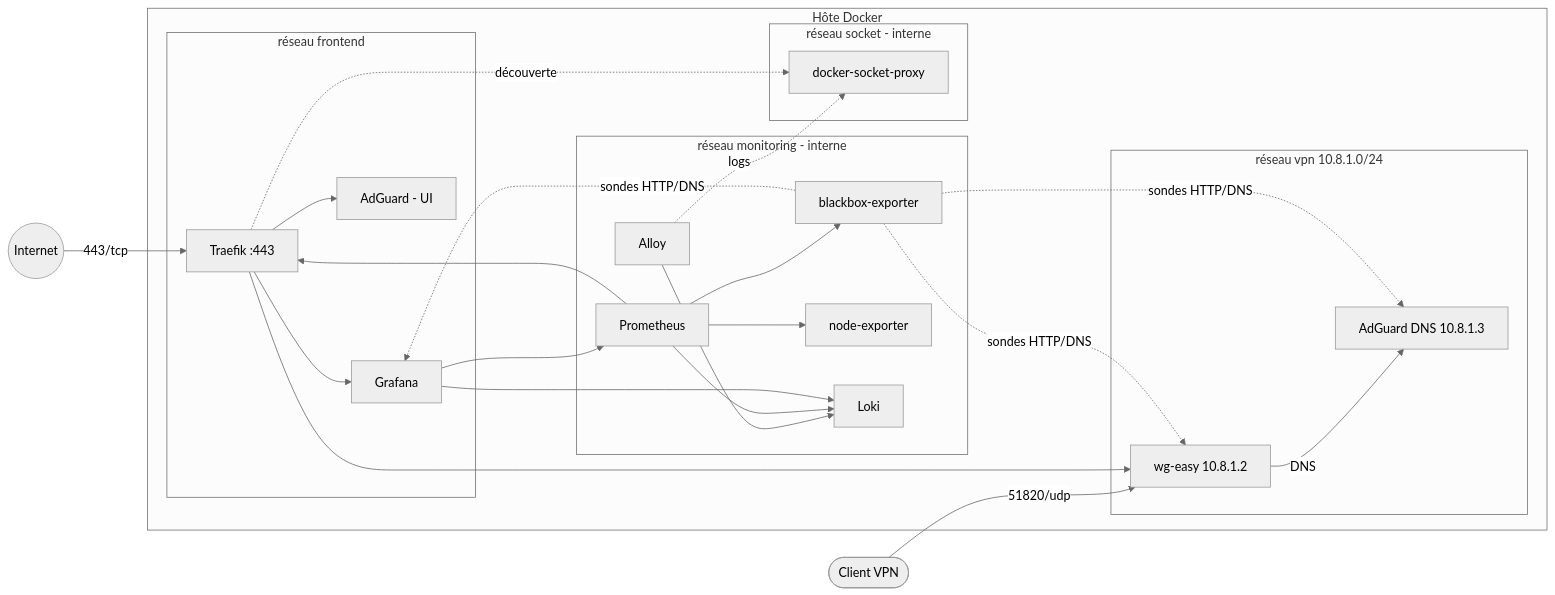
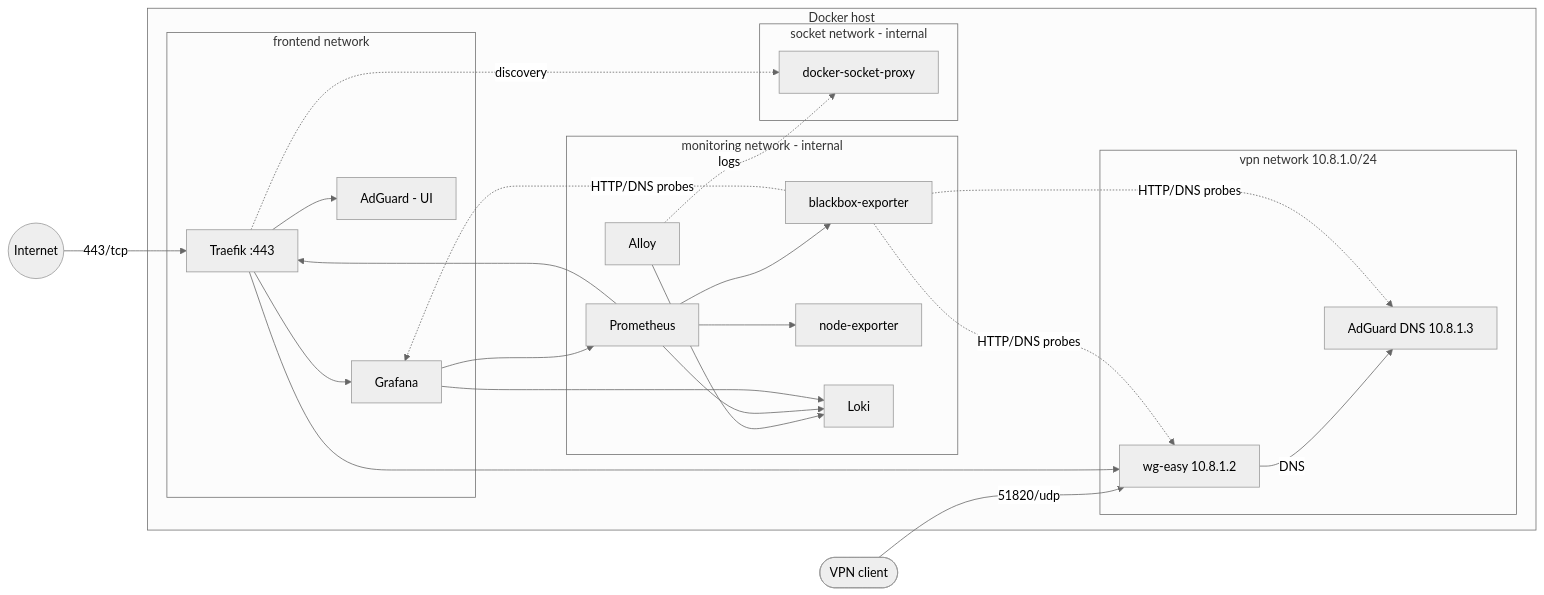
The diagram in README.md (Achref-LOUSSAIEF/homelab-network-stack), drawn with Mermaid (neutral theme) before and after one commit. The commit also changed other lines of this file and 2 other files, not shown here.

````diff
--- a/README.md
+++ b/README.md
@@ -22,38 +22,38 @@
 ```mermaid
 flowchart LR
     internet((Internet))
-    client([Client VPN])
+    client([VPN client])
 
-    subgraph host[Hôte Docker]
-        subgraph frontend[réseau frontend]
+    subgraph host[Docker host]
+        subgraph frontend[frontend network]
             traefik[Traefik :443]
             grafana[Grafana]
             adguardUI[AdGuard - UI]
         end
-        subgraph vpn[réseau vpn 10.8.1.0/24]
+        subgraph vpn[vpn network 10.8.1.0/24]
             wg[wg-easy 10.8.1.2]
             adguard[AdGuard DNS 10.8.1.3]
         end
-        subgraph monitoring[réseau monitoring - interne]
+        subgraph monitoring[monitoring network - internal]
             prom[Prometheus]
             bb[blackbox-exporter]
             node[node-exporter]
             loki[Loki]
             alloy[Alloy]
         end
-        subgraph socket[réseau socket - interne]
+        subgraph socket[socket network - internal]
             proxy[docker-socket-proxy]
         end
     end
 
     internet -- "443/tcp" --> traefik
     client -- "51820/udp" --> wg
     wg -- "DNS" --> adguard
     traefik --> grafana & adguardUI & wg
-    traefik -. "découverte" .-> proxy
+    traefik -. "discovery" .-> proxy
     alloy -. "logs" .-> proxy
     alloy --> loki
     prom --> bb & node & traefik & loki
-    bb -. "sondes HTTP/DNS" .-> grafana & adguard & wg
+    bb -. "HTTP/DNS probes" .-> grafana & adguard & wg
     grafana --> prom & loki
 ```
````
